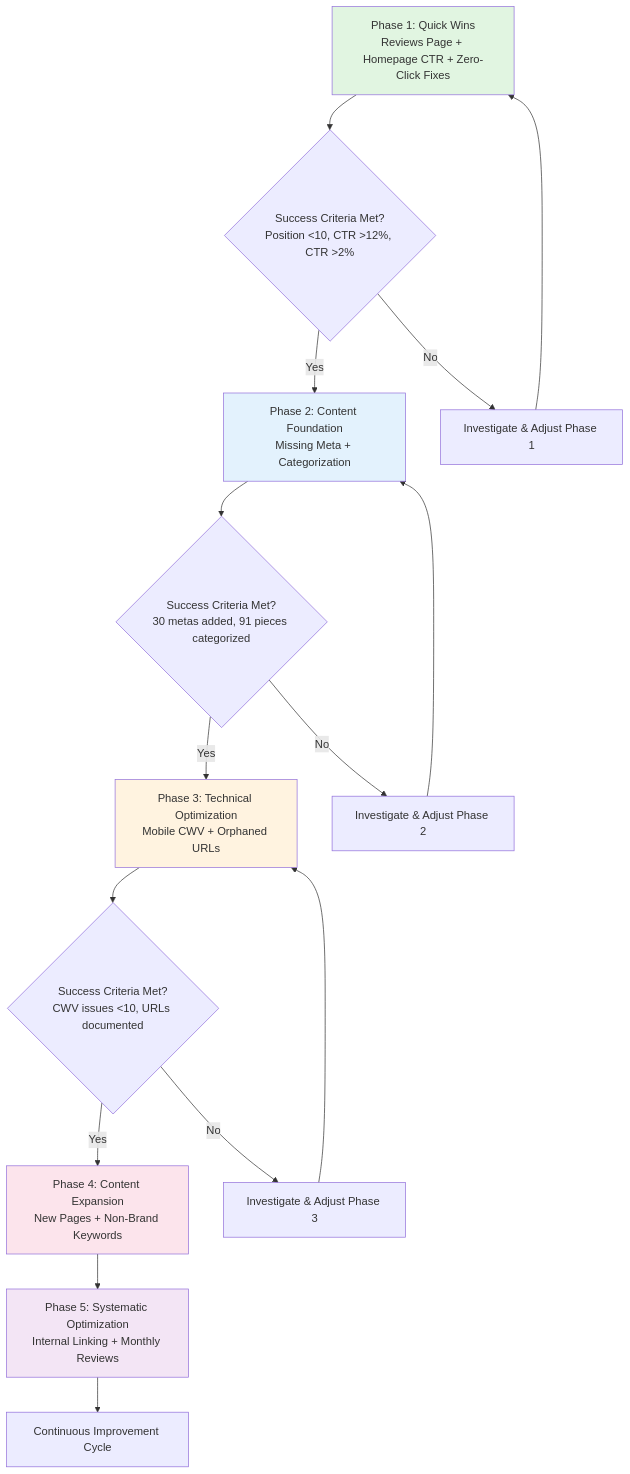
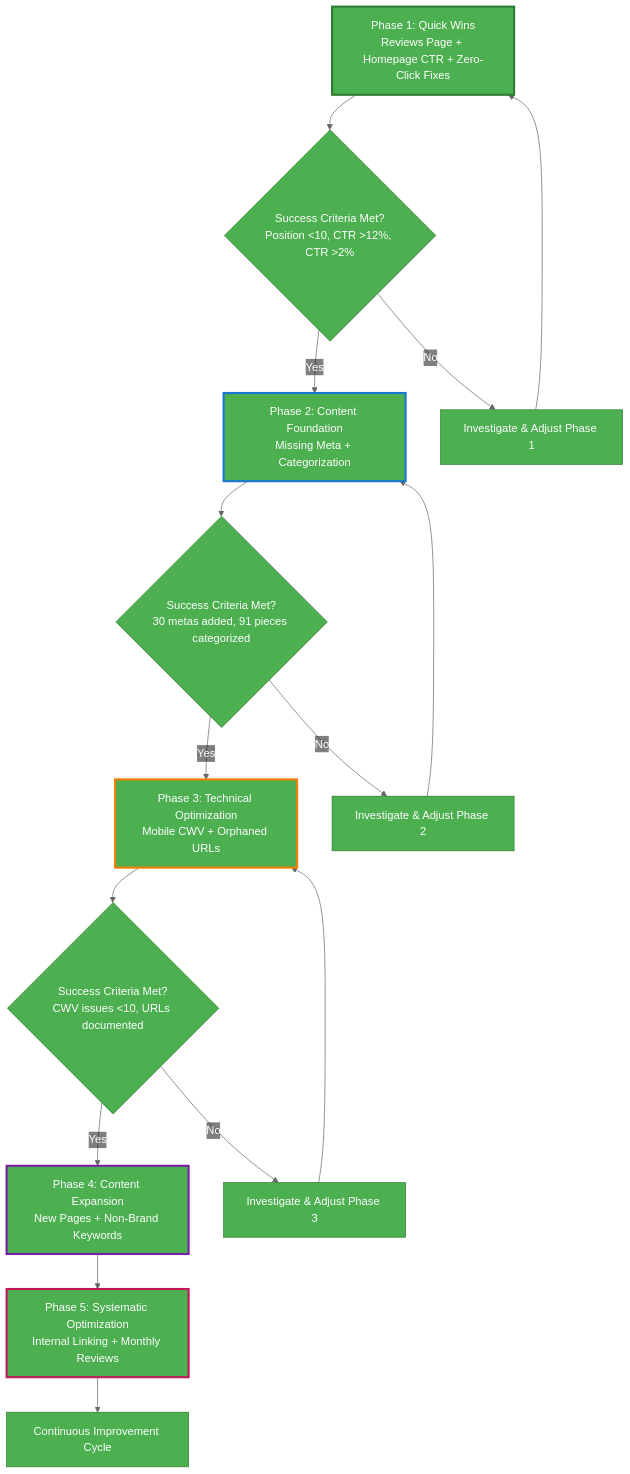
One commit to neothink-society/neothink.com changed the diagram in execute/priority-actions.md. Above: the diagram before and after it, drawn with Mermaid. The commit also changed 3 other files, not shown here.

First line of the commit message:
Fix Mermaid diagrams for light/dark mode compatibility

````diff
--- a/execute/priority-actions.md
+++ b/execute/priority-actions.md
@@ -309,23 +309,24 @@
 ```mermaid
+%%{init: {'theme':'base', 'themeVariables': { 'primaryColor':'#4CAF50', 'primaryTextColor':'#fff', 'primaryBorderColor':'#2E7D32', 'lineColor':'#666', 'edgeLabelBackground':'transparent'}}}%%
 graph TD
     A[Phase 1: Quick Wins<br/>Reviews Page + Homepage CTR + Zero-Click Fixes] --> B{Success Criteria Met?<br/>Position <10, CTR >12%, CTR >2%}
     B -->|Yes| C[Phase 2: Content Foundation<br/>Missing Meta + Categorization]
     B -->|No| A1[Investigate & Adjust Phase 1]
     A1 --> A
     C --> D{Success Criteria Met?<br/>30 metas added, 91 pieces categorized}
     D -->|Yes| E[Phase 3: Technical Optimization<br/>Mobile CWV + Orphaned URLs]
     D -->|No| C1[Investigate & Adjust Phase 2]
     C1 --> C
     E --> F{Success Criteria Met?<br/>CWV issues <10, URLs documented}
     F -->|Yes| G[Phase 4: Content Expansion<br/>New Pages + Non-Brand Keywords]
     F -->|No| E1[Investigate & Adjust Phase 3]
     E1 --> E
     G --> H[Phase 5: Systematic Optimization<br/>Internal Linking + Monthly Reviews]
     H --> H1[Continuous Improvement Cycle]
 
-    style A fill:#e1f5e1
-    style C fill:#e3f2fd
-    style E fill:#fff3e0
-    style G fill:#fce4ec
-    style H fill:#f3e5f5
+    style A stroke:#2E7D32,stroke-width:3px
+    style C stroke:#1976D2,stroke-width:3px
+    style E stroke:#F57C00,stroke-width:3px
+    style G stroke:#7B1FA2,stroke-width:3px
+    style H stroke:#C2185B,stroke-width:3px
 ```
````
